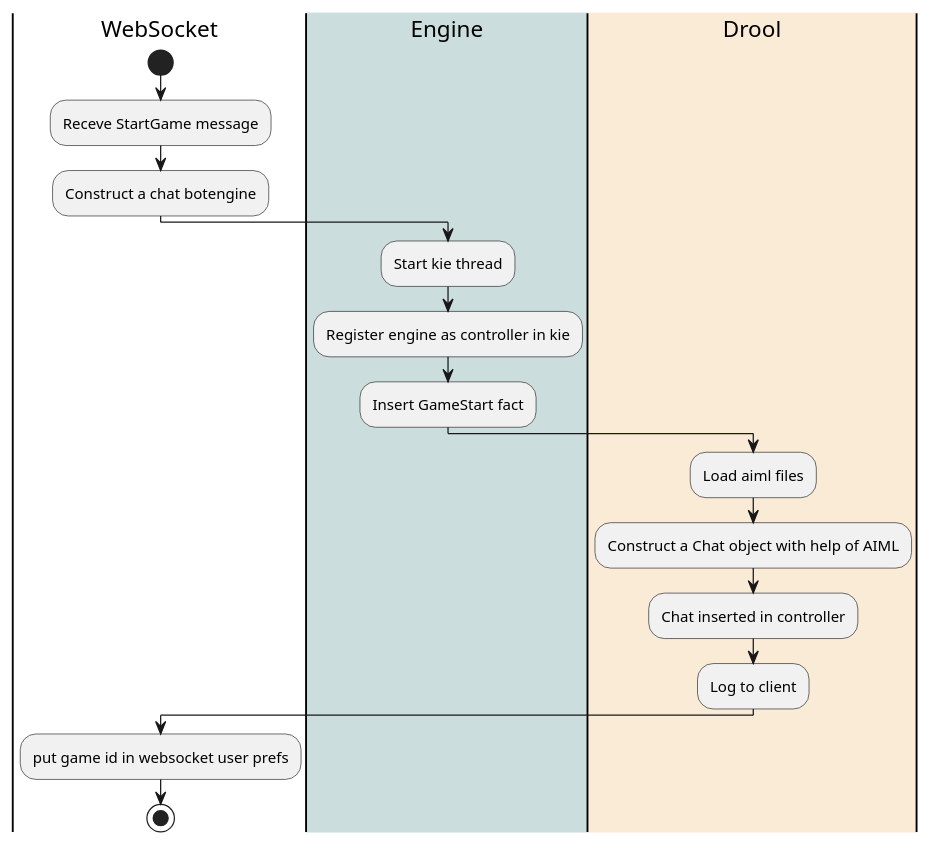
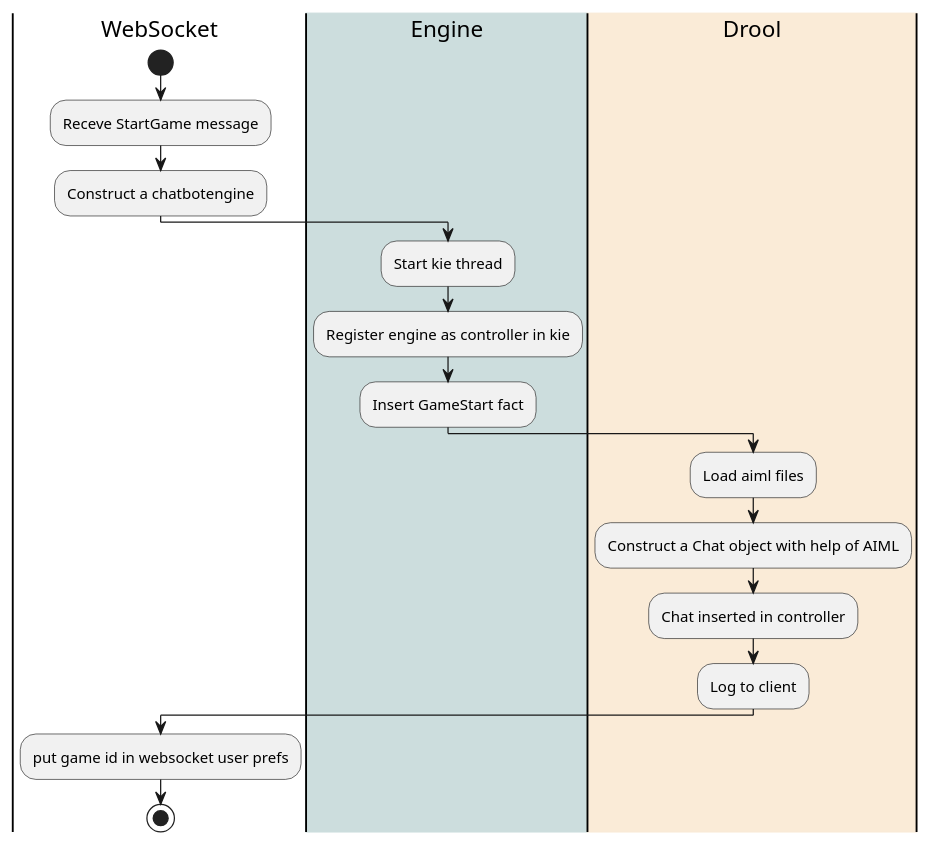
The fifth of 27 diagrams in thesis/thesis.org (jappeace/methods-homework), drawn with PlantUML before and after one commit. The commit also changed other lines of this file, not shown here.

Commit message:
chat bot -> chatbot

```diff
--- a/thesis/thesis.org
+++ b/thesis/thesis.org
@@ -1317,18 +1319,18 @@
 #+BEGIN_SRC plantuml :cache yes :file img/uml/construction.png :exports results
 |WebSocket|
 start
 :Receve StartGame message;
-:Construct a chat botengine;
+:Construct a chatbotengine;
 |#CCDDDD|Engine|
 :Start kie thread;
 :Register engine as controller in kie;
 :Insert GameStart fact;
 |#AntiqueWhite|Drool|
 :Load aiml files;
 :Construct a Chat object with help of AIML;
 :Chat inserted in controller;
 :Log to client;
 |WebSocket|
 :put game id in websocket user prefs;
 stop
 #+END_SRC
```
